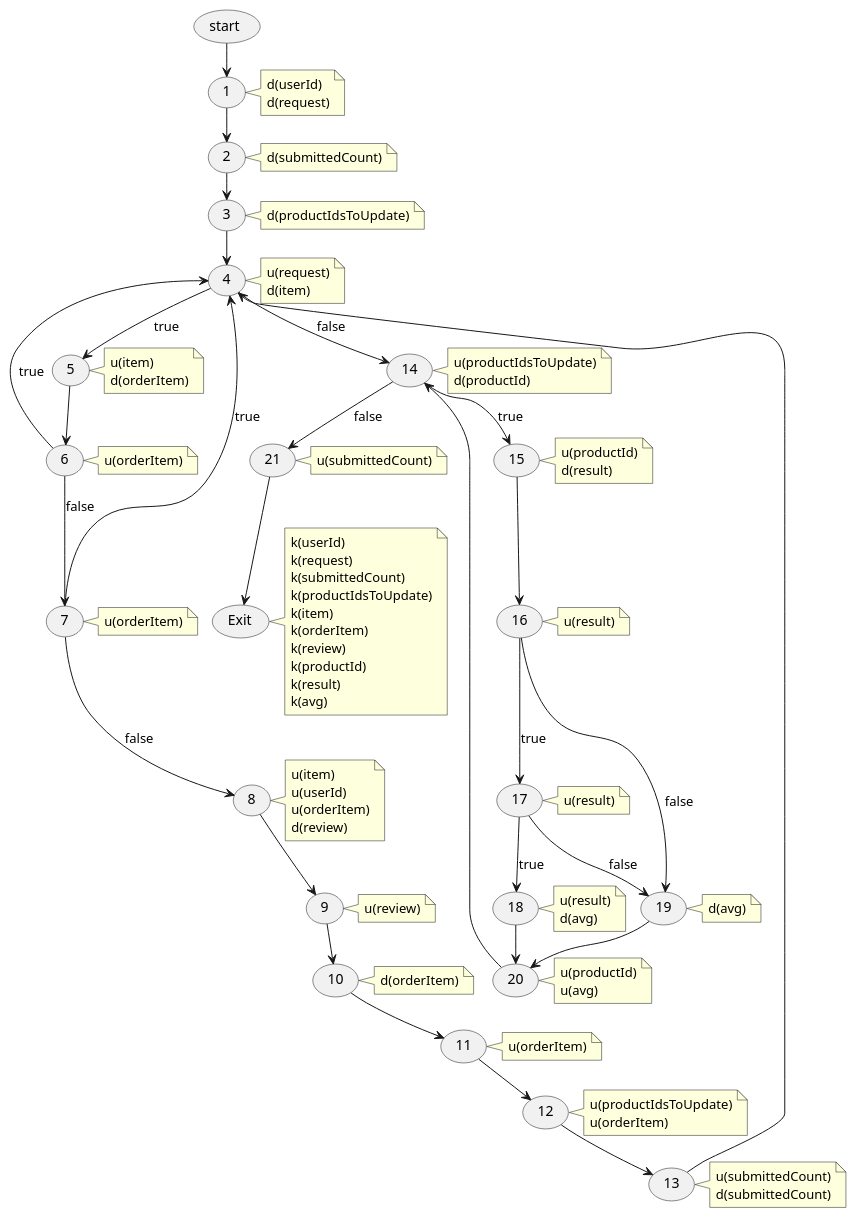
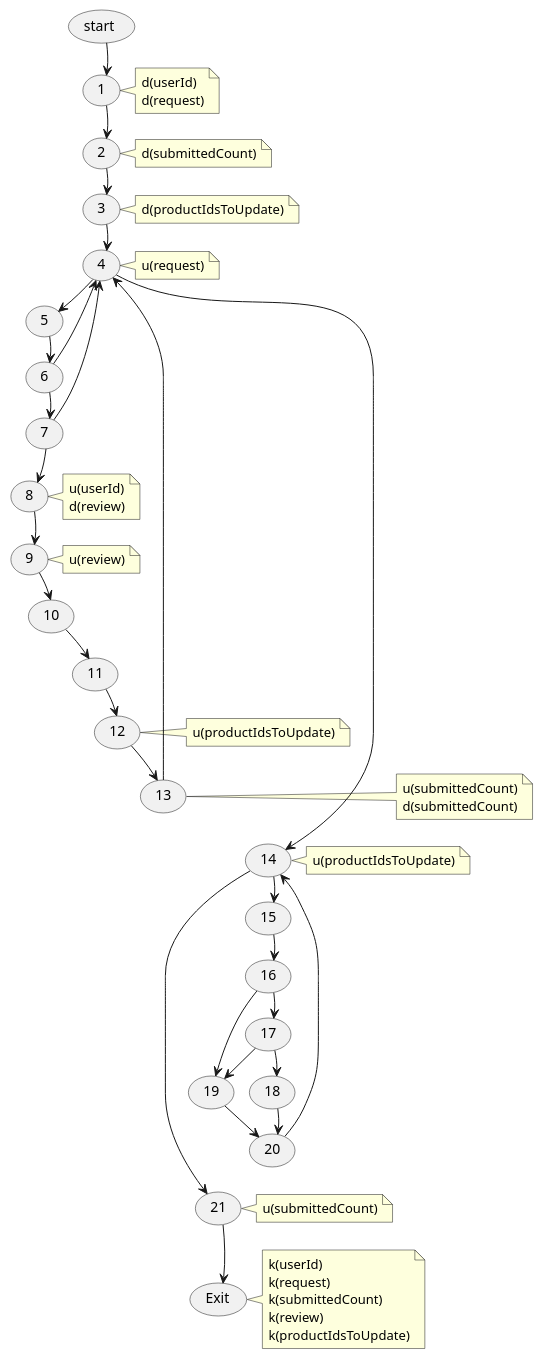
One commit to chuonghoai/MarketPlace changed the diagram in docs/white_box_testing/create_reviews/05_data_flow_graph.puml. Above: the diagram before and after it, drawn with PlantUML. The commit also changed 65 other files, not shown here.

```diff
--- a/docs/white_box_testing/create_reviews/05_data_flow_graph.puml
+++ b/docs/white_box_testing/create_reviews/05_data_flow_graph.puml
@@ -1,92 +1,103 @@
 @startuml
 skinparam nodesep 15
 skinparam ranksep 25
 
 usecase "start" as start_node
 usecase "1" as n1
 note right of n1 : d(userId)\nd(request)
 usecase "2" as n2
 note right of n2 : d(submittedCount)
 usecase "3" as n3
 note right of n3 : d(productIdsToUpdate)
 usecase "4" as n4
-note right of n4 : u(request)\nd(item)
+note right of n4 : u(request)
 usecase "5" as n5
-note right of n5 : u(item)\nd(orderItem)
 usecase "6" as n6
-note right of n6 : u(orderItem)
 usecase "7" as n7
-note right of n7 : u(orderItem)
 usecase "8" as n8
-note right of n8 : u(item)\nu(userId)\nu(orderItem)\nd(review)
+note right of n8 : u(userId)\nd(review)
 usecase "9" as n9
 note right of n9 : u(review)
 usecase "10" as n10
-note right of n10 : d(orderItem)
 usecase "11" as n11
-note right of n11 : u(orderItem)
 usecase "12" as n12
-note right of n12 : u(productIdsToUpdate)\nu(orderItem)
+note right of n12 : u(productIdsToUpdate)
 usecase "13" as n13
 note right of n13 : u(submittedCount)\nd(submittedCount)
 usecase "14" as n14
-note right of n14 : u(productIdsToUpdate)\nd(productId)
+note right of n14 : u(productIdsToUpdate)
 usecase "15" as n15
-note right of n15 : u(productId)\nd(result)
 usecase "16" as n16
-note right of n16 : u(result)
 usecase "17" as n17
-note right of n17 : u(result)
 usecase "18" as n18
-note right of n18 : u(result)\nd(avg)
 usecase "19" as n19
-note right of n19 : d(avg)
 usecase "20" as n20
-note right of n20 : u(productId)\nu(avg)
 usecase "21" as n21
 note right of n21 : u(submittedCount)
 usecase "Exit" as end_node
-note right of end_node : k(userId)\nk(request)\nk(submittedCount)\nk(productIdsToUpdate)\nk(item)\nk(orderItem)\nk(review)\nk(productId)\nk(result)\nk(avg)
+note right of end_node : k(userId)\nk(request)\nk(submittedCount)\nk(review)\nk(productIdsToUpdate)
+
+start_node -[hidden]down-> n1
+n1 -[hidden]down-> n2
+n2 -[hidden]down-> n3
+n3 -[hidden]down-> n4
+n4 -[hidden]down-> n5
+n5 -[hidden]down-> n6
+n6 -[hidden]down-> n7
+n7 -[hidden]down-> n8
+n8 -[hidden]down-> n9
+n9 -[hidden]down-> n10
+n10 -[hidden]down-> n11
+n11 -[hidden]down-> n12
+n12 -[hidden]down-> n13
+n13 -[hidden]down-> n14
+n14 -[hidden]down-> n15
+n15 -[hidden]down-> n16
+n16 -[hidden]down-> n17
+n17 -[hidden]down-> n18
+n18 -[hidden]down-> n20
+n20 -[hidden]down-> n21
+n21 -[hidden]down-> end_node
 
 start_node --> n1
 n1 --> n2
 n2 --> n3
 n3 --> n4
 
-n4 --> n5 : true
-n4 --> n14 : false
+n4 --> n5
+n4 --> n14
 
 n5 --> n6
 
-n6 --> n4 : true
-n6 --> n7 : false
+n6 --> n7
+n6 --> n4
 
-n7 --> n4 : true
-n7 --> n8 : false
+n7 --> n8
+n7 --> n4
 
 n8 --> n9
 n9 --> n10
 n10 --> n11
 n11 --> n12
 n12 --> n13
 n13 --> n4
 
-n14 --> n15 : true
-n14 --> n21 : false
+n14 --> n15
+n14 --> n21
 
 n15 --> n16
 
-n16 --> n17 : true
-n16 --> n19 : false
+n16 --> n17
+n16 --> n19
 
-n17 --> n18 : true
-n17 --> n19 : false
+n17 --> n18
+n17 --> n19
 
 n18 --> n20
 n19 --> n20
 
 n20 --> n14
 
 n21 --> end_node
 
 @enduml
```
